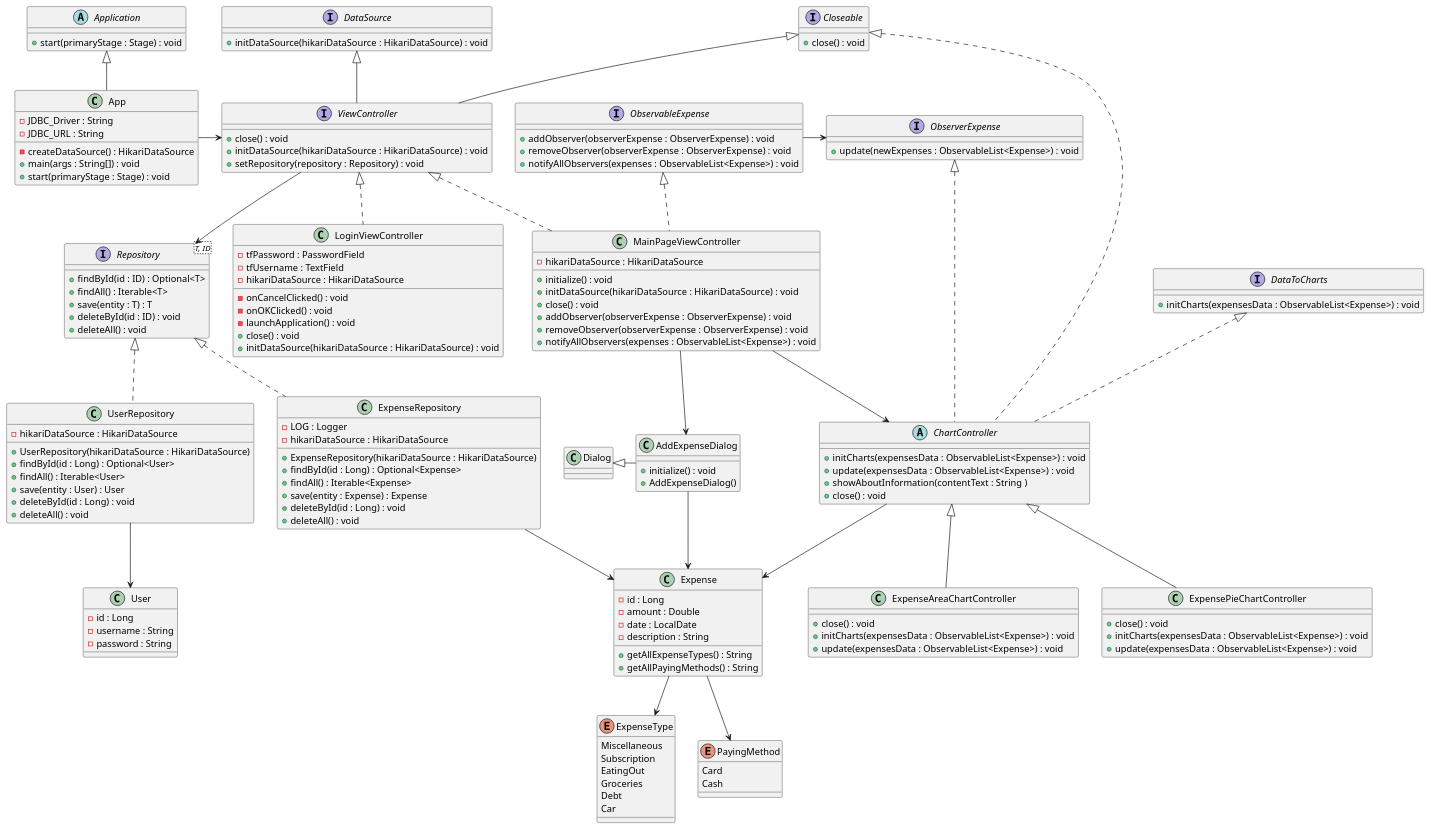
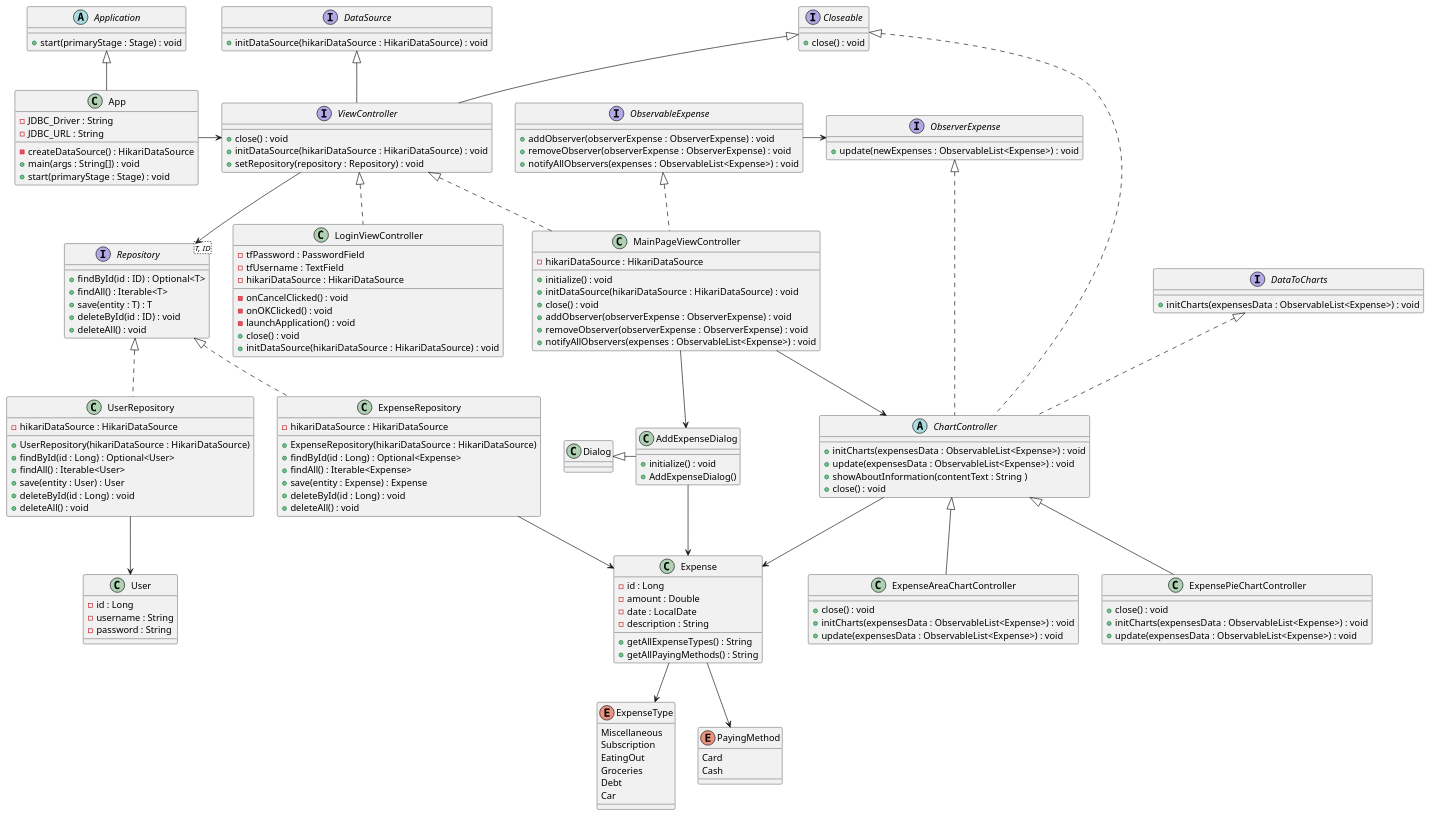
Before and after one commit to Bert0ns/ExpenseTracker: the diagram in UML/ClassDiagram/ClassDiagram.puml, drawn with PlantUML. The commit also changed 8 other files, not shown here.

Commit message:
docs: created dao uml

```diff
--- a/UML/ClassDiagram/ClassDiagram.puml
+++ b/UML/ClassDiagram/ClassDiagram.puml
@@ -1,175 +1,174 @@
 @startuml
 abstract class Application {
     + start(primaryStage : Stage) : void
 }
 class App {
     - JDBC_Driver : String
     - JDBC_URL : String
     - createDataSource() : HikariDataSource
     + main(args : String[]) : void
     + start(primaryStage : Stage) : void
 }
 
 
 interface DataSource {
     + initDataSource(hikariDataSource : HikariDataSource) : void
 }
 interface Closeable {
     + close() : void
 }
 interface ViewController{
    + close() : void
    + initDataSource(hikariDataSource : HikariDataSource) : void
    + setRepository(repository : Repository) : void
 }
 interface Repository<T, ID>{
      + findById(id : ID) : Optional<T>
      + findAll() : Iterable<T>
      + save(entity : T) : T
      + deleteById(id : ID) : void
      + deleteAll() : void
 }
 
 class LoginViewController {
     - tfPassword : PasswordField
     - tfUsername : TextField
     - hikariDataSource : HikariDataSource
     - onCancelClicked() : void
     - onOKClicked() : void
     - launchApplication() : void
     + close() : void
     + initDataSource(hikariDataSource : HikariDataSource) : void
 }
 
 class MainPageViewController {
     - hikariDataSource : HikariDataSource
     + initialize() : void
     + initDataSource(hikariDataSource : HikariDataSource) : void
     + close() : void
     + addObserver(observerExpense : ObserverExpense) : void
     + removeObserver(observerExpense : ObserverExpense) : void
     + notifyAllObservers(expenses : ObservableList<Expense>) : void
 }
 
 interface ObservableExpense {
     + addObserver(observerExpense : ObserverExpense) : void
     + removeObserver(observerExpense : ObserverExpense) : void
     + notifyAllObservers(expenses : ObservableList<Expense>) : void
 }
 interface ObserverExpense {
     + update(newExpenses : ObservableList<Expense>) : void
 }
 
 interface DataToCharts {
     + initCharts(expensesData : ObservableList<Expense>) : void
 }
 
 abstract class ChartController {
     + initCharts(expensesData : ObservableList<Expense>) : void
     + update(expensesData : ObservableList<Expense>) : void
     + showAboutInformation(contentText : String )
     + close() : void
 }
 class ExpenseAreaChartController {
     + close() : void
     + initCharts(expensesData : ObservableList<Expense>) : void
     + update(expensesData : ObservableList<Expense>) : void
 }
 class ExpensePieChartController {
     + close() : void
     + initCharts(expensesData : ObservableList<Expense>) : void
     + update(expensesData : ObservableList<Expense>) : void
 }
 
 class ExpenseRepository {
-    - LOG : Logger
     - hikariDataSource : HikariDataSource
     + ExpenseRepository(hikariDataSource : HikariDataSource)
     + findById(id : Long) : Optional<Expense>
     + findAll() : Iterable<Expense>
     + save(entity : Expense) : Expense
     + deleteById(id : Long) : void
     + deleteAll() : void
 }
 
 class Expense {
     - id : Long
     - amount : Double
     - date : LocalDate
     - description : String
 
     + getAllExpenseTypes() : String
     + getAllPayingMethods() : String
 }
 enum ExpenseType {
     Miscellaneous
     Subscription
     EatingOut
     Groceries
     Debt
     Car
 }
 enum PayingMethod {
     Card
     Cash
 }
 
 class UserRepository {
     - hikariDataSource : HikariDataSource
     + UserRepository(hikariDataSource : HikariDataSource)
     + findById(id : Long) : Optional<User>
     + findAll() : Iterable<User>
     + save(entity : User) : User
     + deleteById(id : Long) : void
     + deleteAll() : void
 }
 class User {
     - id : Long
     - username : String
     - password : String
 }
 
 class AddExpenseDialog {
     + initialize() : void
     + AddExpenseDialog()
 }
 
 
 Application <|-- App
 App -> ViewController
 
 DataSource <|-- ViewController
 Closeable <|-- ViewController
 
 ViewController --> Repository
 
 ViewController <|.. LoginViewController
 
 ViewController <|.. MainPageViewController
 ObservableExpense <|.. MainPageViewController
 MainPageViewController --> ChartController
 MainPageViewController --> AddExpenseDialog
 
 ObservableExpense -> ObserverExpense
 
 Closeable <|.. ChartController
 DataToCharts <|.. ChartController
 
 ObserverExpense <|.. ChartController
 ChartController <|-- ExpenseAreaChartController
 ChartController <|-- ExpensePieChartController
 ChartController --> Expense
 
 Repository <|.. ExpenseRepository
 ExpenseRepository --> Expense
 
 Repository <|.. UserRepository
 UserRepository --> User
 
 Expense --> ExpenseType
 Expense --> PayingMethod
 
 Dialog <|- AddExpenseDialog
 AddExpenseDialog -> Expense
 
 @enduml
```
